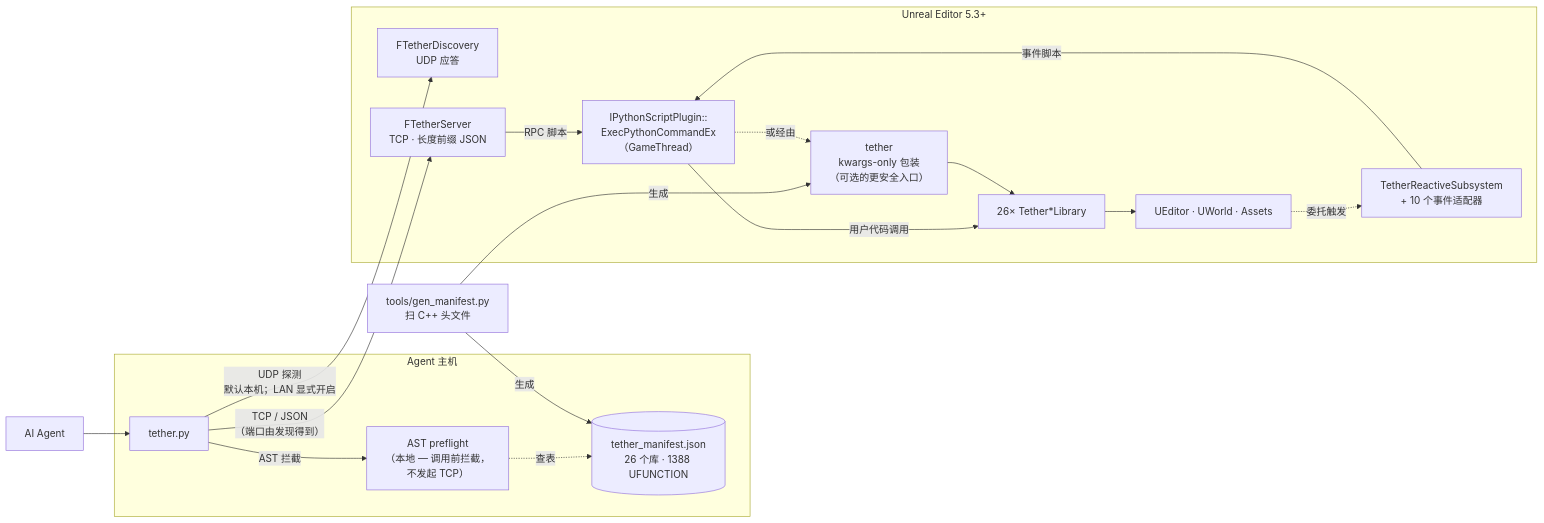
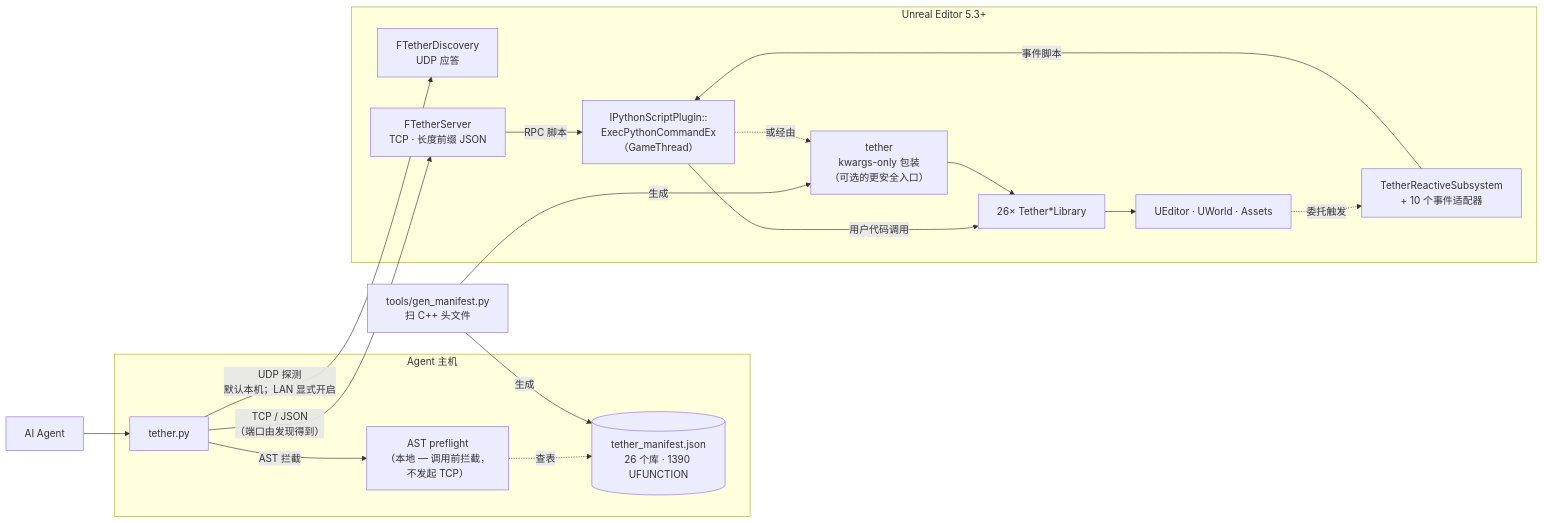
One commit to EmberVers/Tether changed the diagram in README.zh-CN.md. Above: the diagram before and after it, drawn with Mermaid. The commit also changed other lines of this file and 6 other files, not shown here.

````diff
--- a/README.zh-CN.md
+++ b/README.zh-CN.md
@@ -45,40 +45,40 @@
 ```mermaid
 flowchart LR
     Agent["AI Agent"]
 
     subgraph Host["Agent 主机"]
       CLI["tether.py"]
       Pre["AST preflight<br/>（本地 — 调用前拦截，<br/>不发起 TCP）"]
-      Mani[("tether_manifest.json<br/>26 个库 · 1388 UFUNCTION")]
+      Mani[("tether_manifest.json<br/>26 个库 · 1390 UFUNCTION")]
     end
 
     Gen["tools/gen_manifest.py<br/>扫 C++ 头文件"]
 
     subgraph UE["Unreal Editor 5.3+"]
       Disc["FTetherDiscovery<br/>UDP 应答"]
       Server["FTetherServer<br/>TCP · 长度前缀 JSON"]
       Reactive["TetherReactiveSubsystem<br/>+ 10 个事件适配器"]
       Exec["IPythonScriptPlugin::<br/>ExecPythonCommandEx<br/>（GameThread）"]
       Wrap["tether<br/>kwargs-only 包装<br/>（可选的更安全入口）"]
       Libs["26× Tether*Library"]
       Engine["UEditor · UWorld · Assets"]
     end
 
     Agent --> CLI
     CLI -- "AST 拦截" --> Pre
     Pre -. "查表" .-> Mani
 
     Gen -- "生成" --> Mani
     Gen -- "生成" --> Wrap
 
     CLI -- "UDP 探测<br/>默认本机；LAN 显式开启" --> Disc
     CLI -- "TCP / JSON<br/>（端口由发现得到）" --> Server
     Server -- "RPC 脚本" --> Exec
     Engine -. "委托触发" .-> Reactive
     Reactive -- "事件脚本" --> Exec
 
     Exec -- "用户代码调用" --> Libs
     Exec -. "或经由" .-> Wrap
     Wrap --> Libs
     Libs --> Engine
 ```
````
